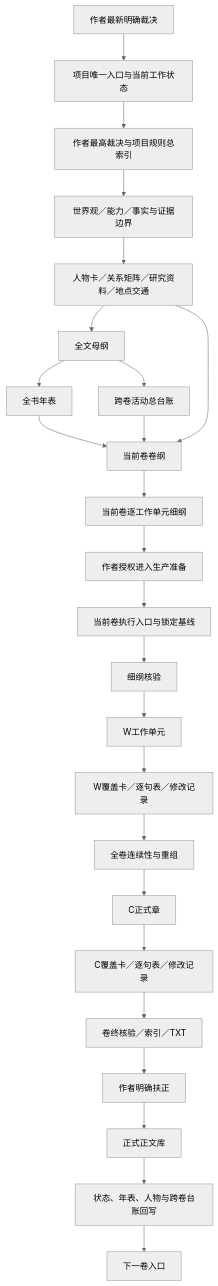
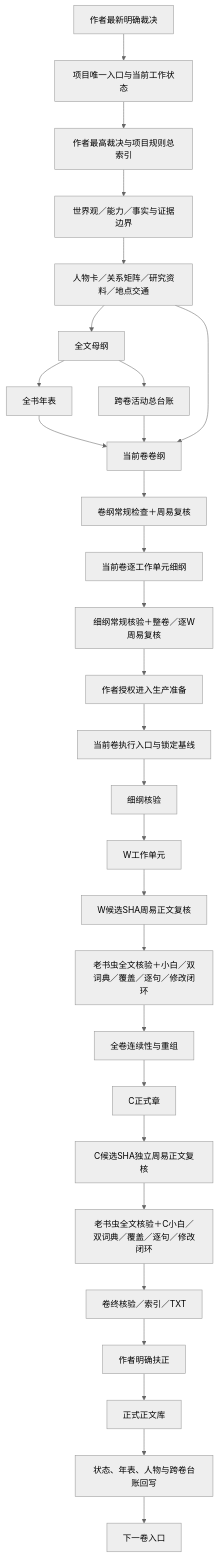
One commit to xiaoxinailishi/AINovelWorkflow changed the first of 7 diagrams in 00_模板库入口/10_通用模板库完整交接文档.md. Above: the diagram before and after it, drawn with Mermaid (neutral theme). The commit also changed other lines of this file and 49 other files, not shown here.

````diff
--- a/00_模板库入口/10_通用模板库完整交接文档.md
+++ b/00_模板库入口/10_通用模板库完整交接文档.md
@@ -70,27 +71,31 @@
 ```mermaid
 flowchart TD
     A["作者最新明确裁决"] --> B["项目唯一入口与当前工作状态"]
     B --> C["作者最高裁决与项目规则总索引"]
     C --> D["世界观／能力／事实与证据边界"]
     D --> E["人物卡／关系矩阵／研究资料／地点交通"]
     E --> F["全文母纲"]
     F --> G["全书年表"]
     F --> H["跨卷活动总台账"]
     G --> I["当前卷卷纲"]
     H --> I
     E --> I
-    I --> J["当前卷逐工作单元细纲"]
-    J --> K["作者授权进入生产准备"]
+    I --> IY["卷纲常规检查＋周易复核"]
+    IY --> J["当前卷逐工作单元细纲"]
+    J --> JY["细纲常规核验＋整卷／逐W周易复核"]
+    JY --> K["作者授权进入生产准备"]
     K --> L["当前卷执行入口与锁定基线"]
     L --> M["细纲核验"]
     M --> N["W工作单元"]
-    N --> O["W覆盖卡／逐句表／修改记录"]
+    N --> OY["W候选SHA周易正文复核"]
+    OY --> O["老书虫全文核验＋小白／双词典／覆盖／逐句／修改闭环"]
     O --> P["全卷连续性与重组"]
     P --> Q["C正式章"]
-    Q --> R["C覆盖卡／逐句表／修改记录"]
+    Q --> RY["C候选SHA独立周易正文复核"]
+    RY --> R["老书虫全文核验＋C小白／双词典／覆盖／逐句／修改闭环"]
     R --> S["卷终核验／索引／TXT"]
     S --> T["作者明确扶正"]
     T --> U["正式正文库"]
     U --> V["状态、年表、人物与跨卷台账回写"]
     V --> W["下一卷入口"]
 ```
````
